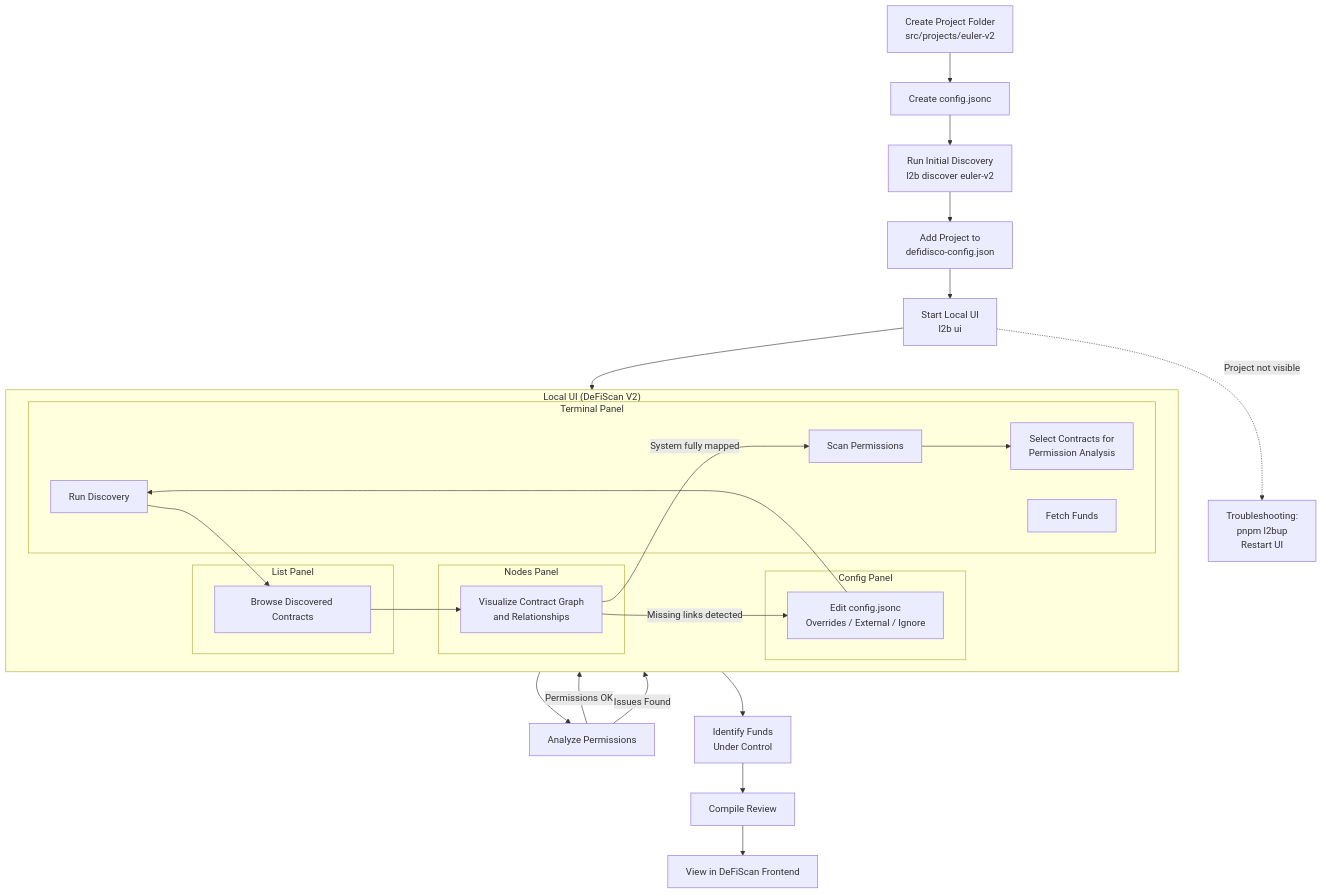
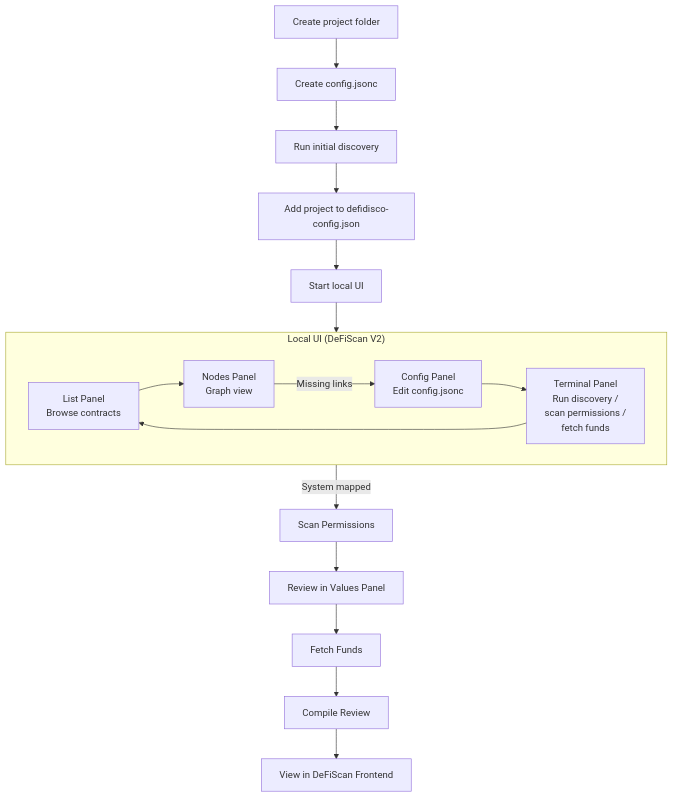
One commit to l2beat/l2beat changed the diagram in docs/researchers/getting-started.md. Above: the diagram before and after it, drawn with Mermaid. The commit also changed other lines of this file and 19 other files, not shown here.

````diff
--- a/docs/researchers/getting-started.md
+++ b/docs/researchers/getting-started.md
@@ -408,62 +251,27 @@
 ```mermaid
 flowchart TD
-    %% Project Setup
-    A[Create Project Folder<br/>src/projects/euler-v2] --> B[Create config.jsonc]
-    B --> C[Run Initial Discovery<br/>l2b discover euler-v2]
+    A[Create project folder] --> B[Create config.jsonc]
+    B --> C[Run initial discovery]
+    C --> D[Add project to defidisco-config.json]
+    D --> E[Start local UI]
 
-    %% UI Setup
-    C --> D[Add Project to<br/>defidisco-config.json]
-    D --> E[Start Local UI<br/>l2b ui]
-
-    %% =====================
-    %% Continue Analysis UI
-    %% =====================
     subgraph UI["Local UI (DeFiScan V2)"]
         direction LR
-
-        subgraph ListPanel["List Panel"]
-            F[Browse Discovered Contracts]
-        end
-
-        subgraph NodesPanel["Nodes Panel"]
-            G[Visualize Contract Graph<br/>and Relationships]
-        end
-
-        subgraph ConfigPanel["Config Panel"]
-            H[Edit config.jsonc<br/>Overrides / External / Ignore]
-        end
-
-        subgraph TerminalPanel["Terminal Panel"]
-            I[Run Discovery]
-            J[Scan Permissions]
-            L[Select Contracts for<br/>Permission Analysis]
-            K[Fetch Funds]
-        end
+        F[List Panel<br/>Browse contracts]
+        G[Nodes Panel<br/>Graph view]
+        H[Config Panel<br/>Edit config.jsonc]
+        I[Terminal Panel<br/>Run discovery /<br/>scan permissions /<br/>fetch funds]
     end
 
-    %% Continue Analysis Loop
     E --> F
     F --> G
-    G -->|Missing links detected| H
+    G -->|Missing links| H
     H --> I
     I --> F
 
-    %% Permission Analysis Loop
-    G -->|System fully mapped| J
-    J --> L
-    L --> M[Analyze Permissions]
-    M -->|Permissions OK| K
-    %% If issues found, loop back
-    M -->|Issues Found| H
-
-    %% Track Funds
-    K --> N[Identify Funds<br/>Under Control]
-
-    %% Compile and View
-    N --> O[Compile Review]
-    O --> P[View in DeFiScan Frontend]
-
-    %% Troubleshooting
-    E -.->|Project not visible| T[Troubleshooting:<br/>pnpm l2bup<br/>Restart UI]
-
+    G -->|System mapped| J[Scan Permissions]
+    J --> K[Review in Values Panel]
+    K --> L[Fetch Funds]
+    L --> M[Compile Review]
+    M --> N[View in DeFiScan Frontend]
 ```
````
